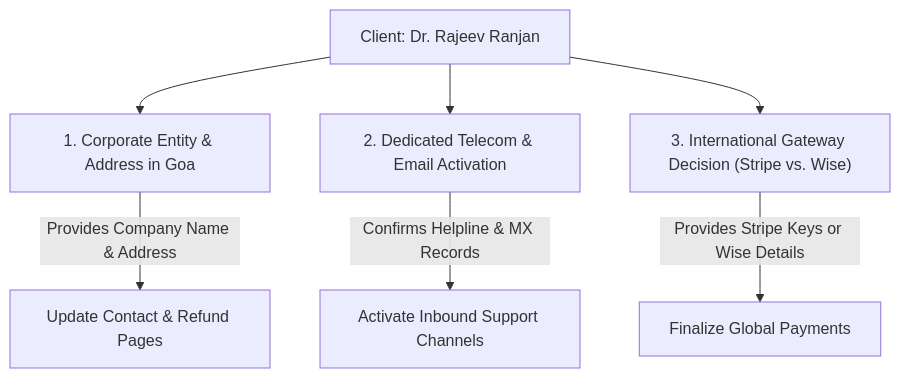
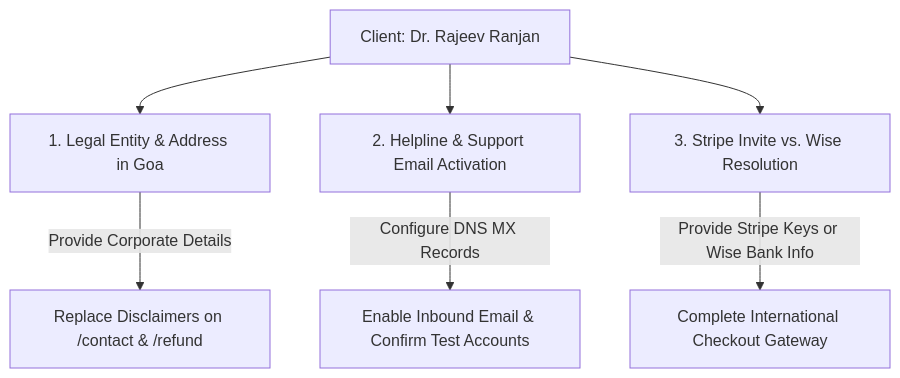
One commit to SuryaNaikoti/knowtohire changed the diagram in docs/client-review/11-FINAL-PROJECT-ACCEPTANCE-READINESS-REPORT.md. Above: the diagram before and after it, drawn with Mermaid. The commit also changed other lines of this file, not shown here.

````diff
--- a/docs/client-review/11-FINAL-PROJECT-ACCEPTANCE-READINESS-REPORT.md
+++ b/docs/client-review/11-FINAL-PROJECT-ACCEPTANCE-READINESS-REPORT.md
@@ -151,15 +152,15 @@
 ```mermaid
-flowchart TD
+graph TD
     Client["Client: Dr. Rajeev Ranjan"]
-    Dep1["1. Corporate Entity & Address in Goa"]
-    Dep2["2. Dedicated Telecom & Email Activation"]
-    Dep3["3. International Gateway Decision (Stripe vs. Wise)"]
+    D1["1. Legal Entity & Address in Goa"]
+    D2["2. Helpline & Support Email Activation"]
+    D3["3. Stripe Invite vs. Wise Resolution"]
 
-    Client --> Dep1
-    Client --> Dep2
-    Client --> Dep3
+    Client --> D1
+    Client --> D2
+    Client --> D3
 
-    Dep1 -->|Provides Company Name & Address| UpdateBadges["Update Contact & Refund Pages"]
-    Dep2 -->|Confirms Helpline & MX Records| ActivateSupport["Activate Inbound Support Channels"]
-    Dep3 -->|Provides Stripe Keys or Wise Details| SetupInternational["Finalize Global Payments"]
+    D1 -->|"Provide Corporate Details"| R1["Replace Disclaimers on /contact & /refund"]
+    D2 -->|"Configure DNS MX Records"| R2["Enable Inbound Email & Confirm Test Accounts"]
+    D3 -->|"Provide Stripe Keys or Wise Bank Info"| R3["Complete International Checkout Gateway"]
 ```
````
